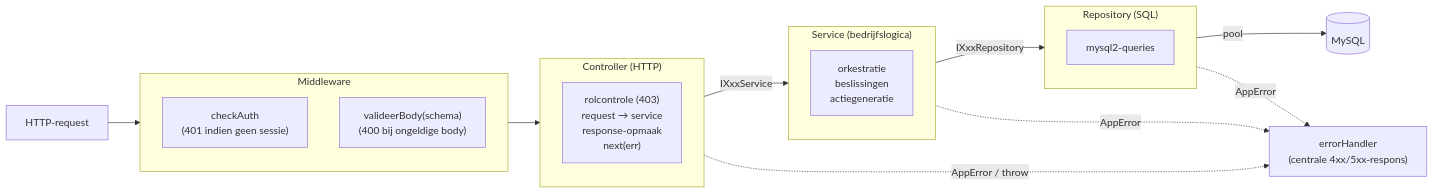
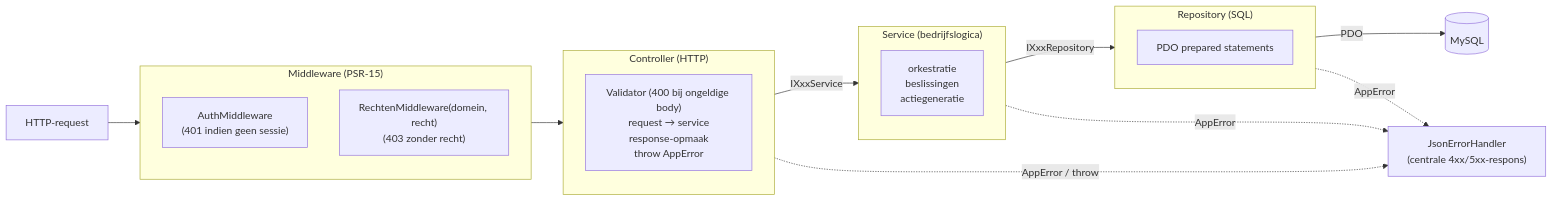
The second of 3 diagrams in docs/architecture.md (pjgheijmans/NewSiteWaterbeheerDeBercken), drawn with Mermaid before and after one commit. The commit also changed other lines of this file and 5 other files, not shown here.

First line of the commit message:
docs: werk architectuurdocs bij naar de PHP-backend

````diff
--- a/docs/architecture.md
+++ b/docs/architecture.md
@@ -48,33 +49,33 @@
 ```mermaid
 graph LR
     Req["HTTP-request"] --> MW
 
-    subgraph MW["Middleware"]
-        Auth["checkAuth\n(401 indien geen sessie)"]
-        Val["valideerBody(schema)\n(400 bij ongeldige body)"]
+    subgraph MW["Middleware (PSR-15)"]
+        Auth["AuthMiddleware\n(401 indien geen sessie)"]
+        Val["RechtenMiddleware(domein, recht)\n(403 zonder recht)"]
     end
 
     MW --> Ctrl
 
     subgraph Ctrl["Controller (HTTP)"]
-        C["rolcontrole (403)\nrequest → service\nresponse-opmaak\nnext(err)"]
+        C["Validator (400 bij ongeldige body)\nrequest → service\nresponse-opmaak\nthrow AppError"]
     end
 
     Ctrl -->|"IXxxService"| Svc
 
     subgraph Svc["Service (bedrijfslogica)"]
         S["orkestratie\nbeslissingen\nactiegeneratie"]
     end
 
     Svc -->|"IXxxRepository"| Repo
 
     subgraph Repo["Repository (SQL)"]
-        R["mysql2-queries"]
+        R["PDO prepared statements"]
     end
 
-    Repo -->|"pool"| DB[("MySQL")]
+    Repo -->|"PDO"| DB[("MySQL")]
 
-    Ctrl -.->|"AppError / throw"| EH["errorHandler\n(centrale 4xx/5xx-respons)"]
+    Ctrl -.->|"AppError / throw"| EH["JsonErrorHandler\n(centrale 4xx/5xx-respons)"]
     Svc  -.->|"AppError"| EH
     Repo -.->|"AppError"| EH
 ```
````
